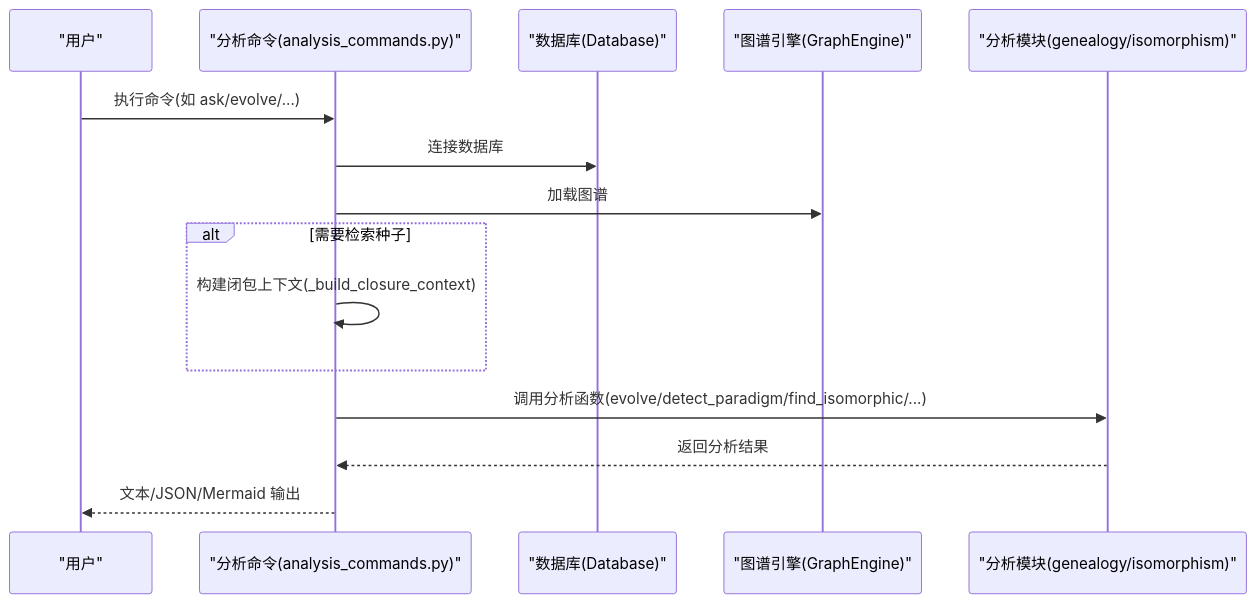
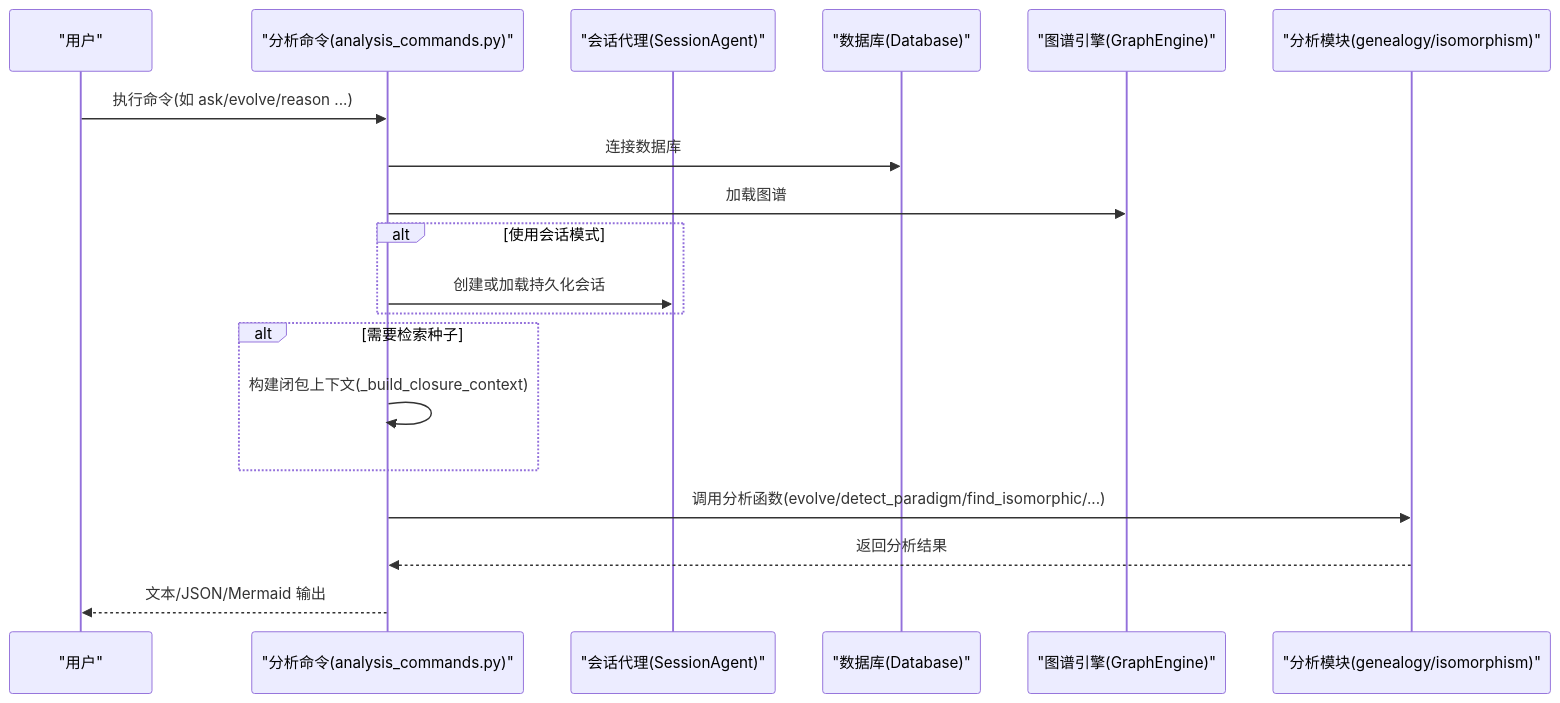
Before and after one commit to UynajGI/drbrain: the second of 4 diagrams in .qoder/repowiki/zh/content/CLI 命令参考/分析探索命令.md, drawn with Mermaid. The commit also changed other lines of this file and 7 other files, not shown here.

First line of the commit message:
docs: 同步 Session Agent 集成到文档和记忆

````diff
--- a/.qoder/repowiki/zh/content/CLI 命令参考/分析探索命令.md
+++ b/.qoder/repowiki/zh/content/CLI 命令参考/分析探索命令.md
@@ -95,17 +107,21 @@
 ```mermaid
 sequenceDiagram
 participant U as "用户"
 participant CLI as "分析命令(analysis_commands.py)"
+participant SA as "会话代理(SessionAgent)"
 participant DB as "数据库(Database)"
 participant GE as "图谱引擎(GraphEngine)"
 participant MOD as "分析模块(genealogy/isomorphism)"
-U->>CLI : 执行命令(如 ask/evolve/...)
+U->>CLI : 执行命令(如 ask/evolve/reason ...)
 CLI->>DB : 连接数据库
 CLI->>GE : 加载图谱
+alt 使用会话模式
+CLI->>SA : 创建或加载持久化会话
+end
 alt 需要检索种子
 CLI->>CLI : 构建闭包上下文(_build_closure_context)
 end
 CLI->>MOD : 调用分析函数(evolve/detect_paradigm/find_isomorphic/...)
 MOD-->>CLI : 返回分析结果
 CLI-->>U : 文本/JSON/Mermaid 输出
 ```
````
